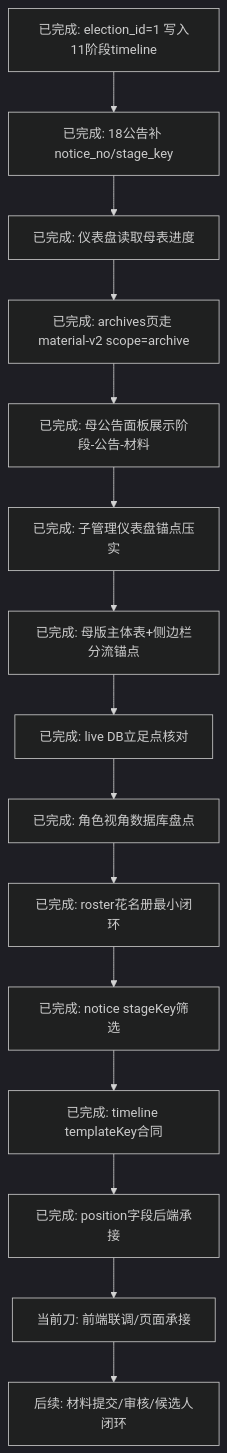
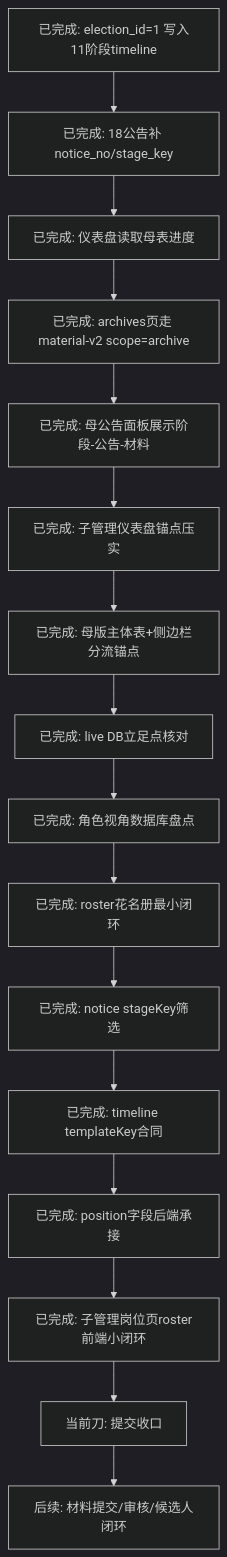
The third of 7 diagrams in 副船长的航海接力日志/当前接力图.md (4xiaxia/election-v2), drawn with Mermaid (dark theme) before and after one commit. The commit also changed other lines of this file and 10 other files, not shown here.

````diff
--- a/副船长的航海接力日志/当前接力图.md
+++ b/副船长的航海接力日志/当前接力图.md
@@ -39,17 +48,18 @@
 ```mermaid
 flowchart TD
     A[已完成: election_id=1 写入11阶段timeline] --> B[已完成: 18公告补 notice_no/stage_key]
     B --> C[已完成: 仪表盘读取母表进度]
     C --> D[已完成: archives页走 material-v2 scope=archive]
     D --> E[已完成: 母公告面板展示阶段-公告-材料]
     E --> F[已完成: 子管理仪表盘锚点压实]
     F --> G[已完成: 母版主体表+侧边栏分流锚点]
     G --> H[已完成: live DB立足点核对]
     H --> I[已完成: 角色视角数据库盘点]
     I --> J[已完成: roster花名册最小闭环]
     J --> K[已完成: notice stageKey筛选]
     K --> L[已完成: timeline templateKey合同]
     L --> M[已完成: position字段后端承接]
-    M --> N[当前刀: 前端联调/页面承接]
-    N --> O[后续: 材料提交/审核/候选人闭环]
+    M --> N[已完成: 子管理岗位页roster前端小闭环]
+    N --> O[当前刀: 提交收口]
+    O --> P[后续: 材料提交/审核/候选人闭环]
 ```
````
